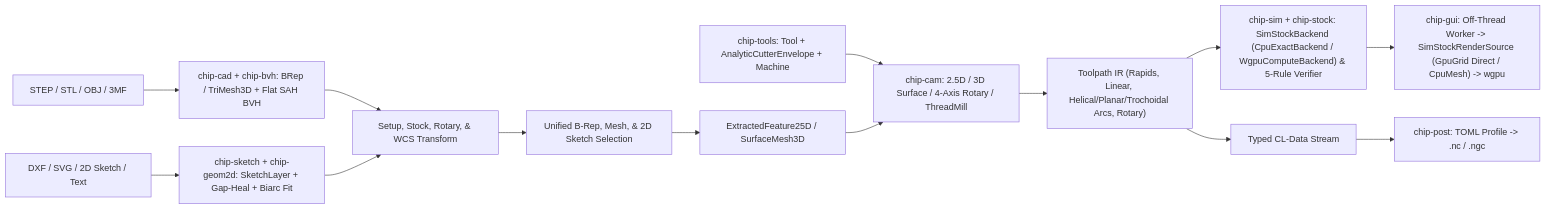
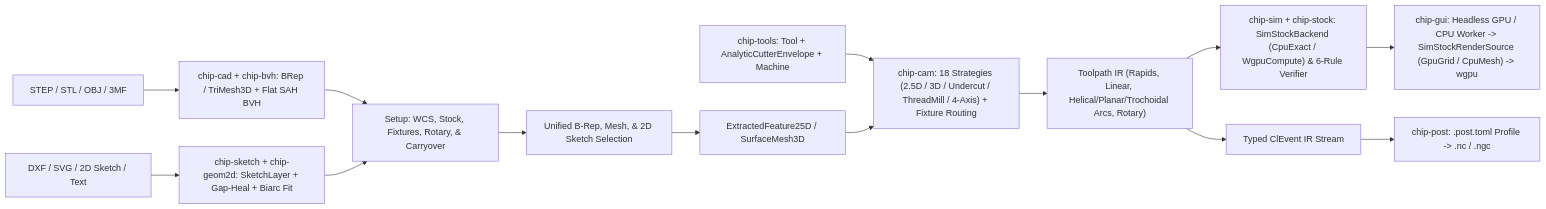
Before and after one commit to rk29/ChipCutter: the second of 2 diagrams in specs/01-architecture.md, drawn with Mermaid. The commit also changed other lines of this file, not shown here.

Commit message:
docs: synchronize specs/01-architecture.md with current workspace crates, GPU pipeline, and feature matrix

````diff
--- a/specs/01-architecture.md
+++ b/specs/01-architecture.md
@@ -106,16 +116,16 @@
 ```mermaid
 flowchart LR
     STEP["STEP / STL / OBJ / 3MF"] --> CAD["chip-cad + chip-bvh: BRep / TriMesh3D + Flat SAH BVH"]
     VEC["DXF / SVG / 2D Sketch / Text"] --> SKETCH["chip-sketch + chip-geom2d: SketchLayer + Gap-Heal + Biarc Fit"]
-    CAD --> SETUP["Setup, Stock, Rotary, & WCS Transform"]
+    CAD --> SETUP["Setup: WCS, Stock, Fixtures, Rotary, & Carryover"]
     SKETCH --> SETUP
     SETUP --> SEL["Unified B-Rep, Mesh, & 2D Sketch Selection"]
     SEL --> FEAT["ExtractedFeature25D / SurfaceMesh3D"]
-    TOOLS["chip-tools: Tool + AnalyticCutterEnvelope + Machine"] --> OP["chip-cam: 2.5D / 3D Surface / 4-Axis Rotary / ThreadMill"]
+    TOOLS["chip-tools: Tool + AnalyticCutterEnvelope + Machine"] --> OP["chip-cam: 18 Strategies (2.5D / 3D / Undercut / ThreadMill / 4-Axis) + Fixture Routing"]
     FEAT --> OP
     OP --> TP["Toolpath IR (Rapids, Linear, Helical/Planar/Trochoidal Arcs, Rotary)"]
-    TP --> SIM["chip-sim + chip-stock: SimStockBackend (CpuExactBackend / WgpuComputeBackend) & 5-Rule Verifier"]
-    SIM --> RENDER["chip-gui: Off-Thread Worker -> SimStockRenderSource (GpuGrid Direct / CpuMesh) -> wgpu"]
-    TP --> CL["Typed CL-Data Stream"]
-    CL --> POST["chip-post: TOML Profile -> .nc / .ngc"]
+    TP --> SIM["chip-sim + chip-stock: SimStockBackend (CpuExact / WgpuCompute) & 6-Rule Verifier"]
+    SIM --> RENDER["chip-gui: Headless GPU / CPU Worker -> SimStockRenderSource (GpuGrid / CpuMesh) -> wgpu"]
+    TP --> CL["Typed ClEvent IR Stream"]
+    CL --> POST["chip-post: .post.toml Profile -> .nc / .ngc"]
 ```
````
